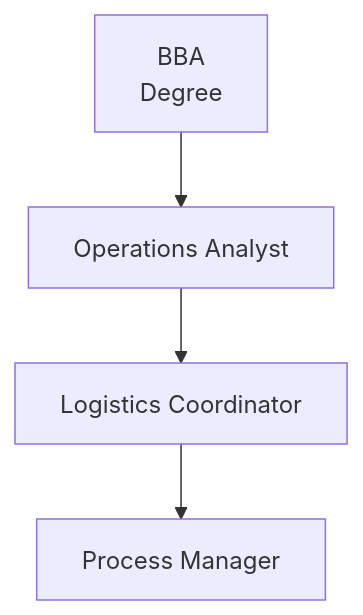
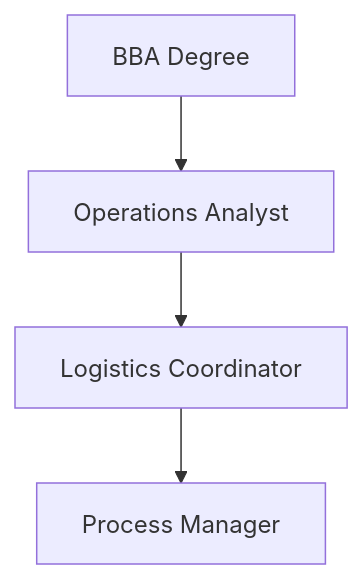
Before and after one commit to the-career-breweries/tcb-soft-skills: the third of 3 diagrams in curriculum-app/src/content/lessons/ug/bba/sem5/week17.md, drawn with Mermaid. The commit also changed other lines of this file and 4 other files, not shown here.

Commit message:
fix: correctly initialize mermaid on render with htmlLabels false

````diff
--- a/curriculum-app/src/content/lessons/ug/bba/sem5/week17.md
+++ b/curriculum-app/src/content/lessons/ug/bba/sem5/week17.md
@@ -62,6 +62,6 @@
 ```mermaid
 flowchart TD
-    A[BBA<br/>Degree] --> B[Operations Analyst]
+    A[BBA Degree] --> B[Operations Analyst]
     B --> C[Logistics Coordinator]
     C --> D[Process Manager]
 ```
````
